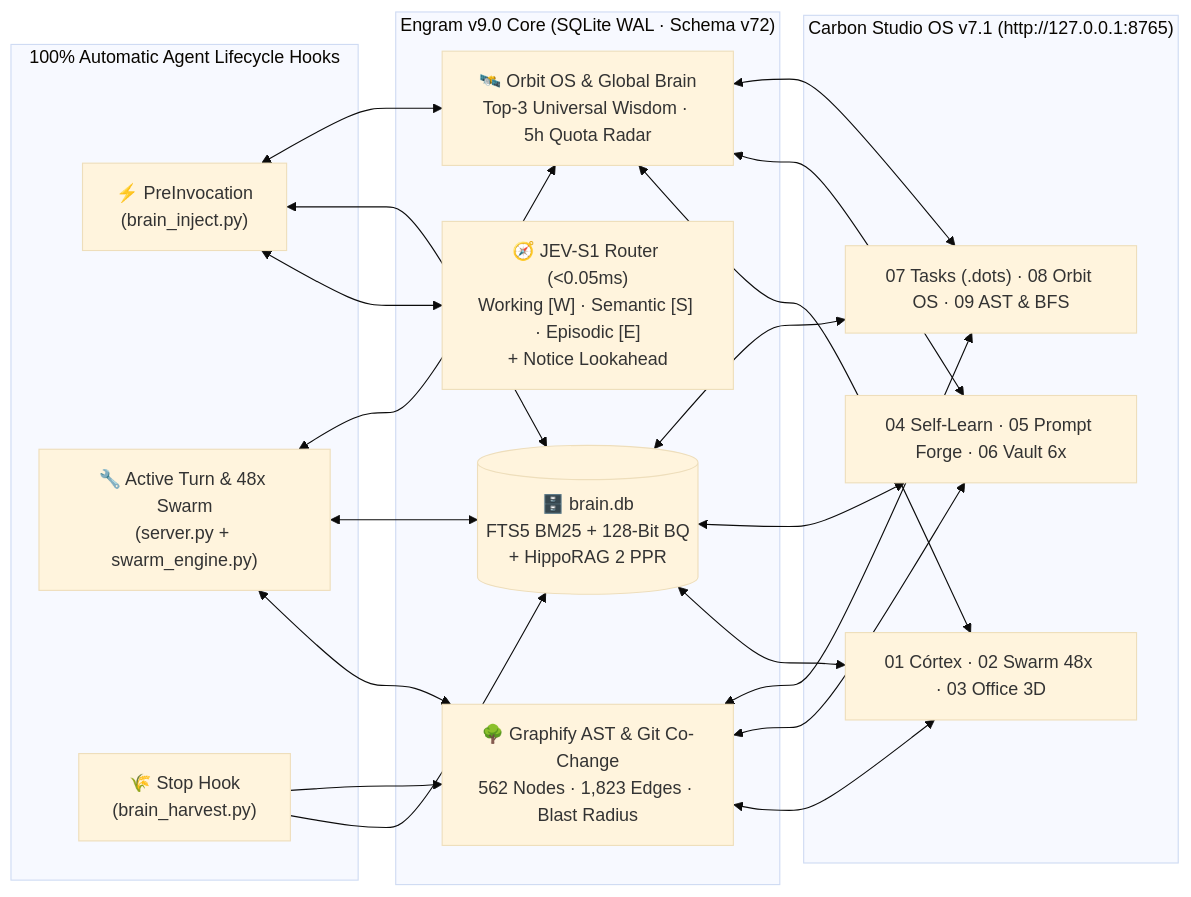
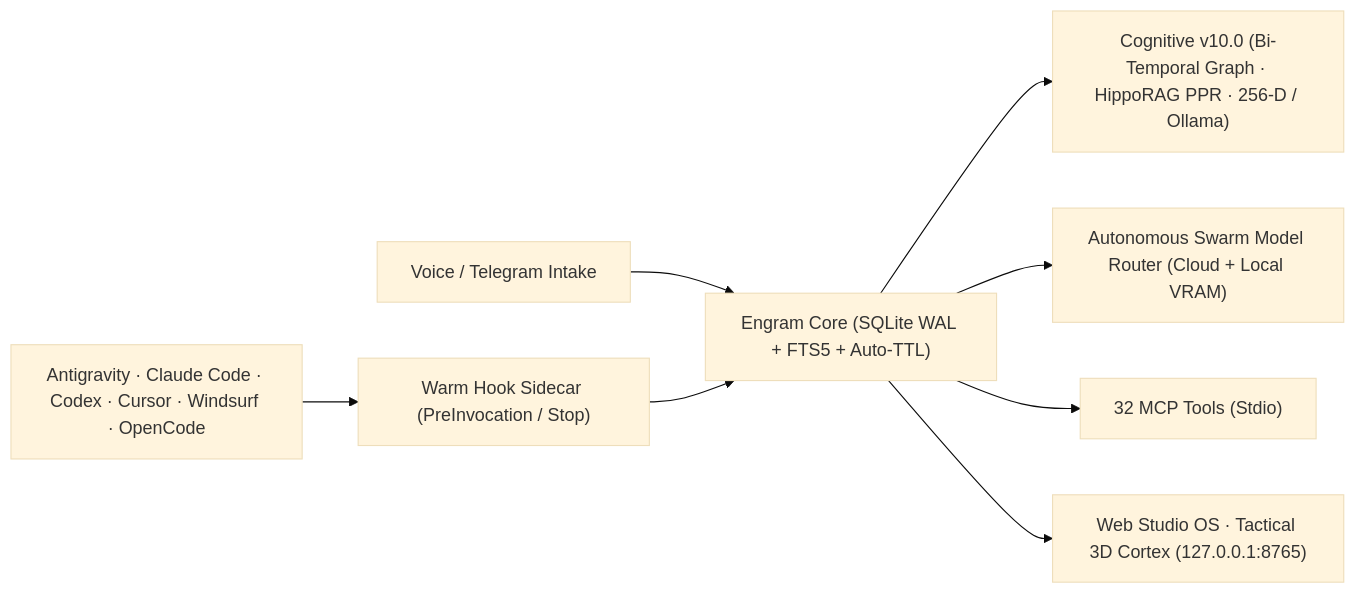
The diagram in README.md (Miguel-Reis/engram), drawn with Mermaid (base theme) before and after one commit. The commit also changed other lines of this file and 10 other files, not shown here.

Commit message:
docs(engram-v10.0): streamlined landing README + modular docs/ hub (Architecture, Cognitive v10, Multi-IDE/Swarm, Studio UI, 32 MCP Tools & Changelog)

````diff
--- a/README.md
+++ b/README.md
@@ -46,26 +26,10 @@
 ```mermaid
 flowchart LR
-    subgraph Hooks["100% Automatic Agent Lifecycle Hooks"]
-        H1["⚡ PreInvocation\n(brain_inject.py)"]
-        H2["🔧 Active Turn & 48x Swarm\n(server.py + swarm_engine.py)"]
-        H3["🌾 Stop Hook\n(brain_harvest.py)"]
-    end
-
-    subgraph Core["Engram v9.0 Core (SQLite WAL · Schema v72)"]
-        DB[("🗄️ brain.db\nFTS5 BM25 + 128-Bit BQ\n+ HippoRAG 2 PPR")]
-        JEV["🧭 JEV-S1 Router (<0.05ms)\nWorking [W] · Semantic [S] · Episodic [E]\n+ Notice Lookahead"]
-        AST["🌳 Graphify AST & Git Co-Change\n562 Nodes · 1,823 Edges · Blast Radius"]
-        ORB["🛰️ Orbit OS & Global Brain\nTop-3 Universal Wisdom · 5h Quota Radar"]
-    end
-
-    subgraph UI["Carbon Studio OS v7.1 (http://127.0.0.1:8765)"]
-        U1["01 Córtex · 02 Swarm 48x · 03 Office 3D"]
-        U2["04 Self-Learn · 05 Prompt Forge · 06 Vault 6x"]
-        U3["07 Tasks (.dots) · 08 Orbit OS · 09 AST & BFS"]
-    end
-
-    H1 <--> JEV & DB & ORB
-    H2 <--> AST & DB & ORB
-    H3 --> DB & AST
-    DB & AST & ORB <--> U1 & U2 & U3
+    IDE["Antigravity · Claude Code · Codex · Cursor · Windsurf · OpenCode"] --> HOOK["Warm Hook Sidecar (PreInvocation / Stop)"]
+    TG["Voice / Telegram Intake"] --> CORE
+    HOOK --> CORE["Engram Core (SQLite WAL + FTS5 + Auto-TTL)"]
+    CORE --> V10["Cognitive v10.0 (Bi-Temporal Graph · HippoRAG PPR · 256-D / Ollama)"]
+    CORE --> ROUTER["Autonomous Swarm Model Router (Cloud + Local VRAM)"]
+    CORE --> MCP["32 MCP Tools (Stdio)"]
+    CORE --> UI["Web Studio OS · Tactical 3D Cortex (127.0.0.1:8765)"]
 ```
````
